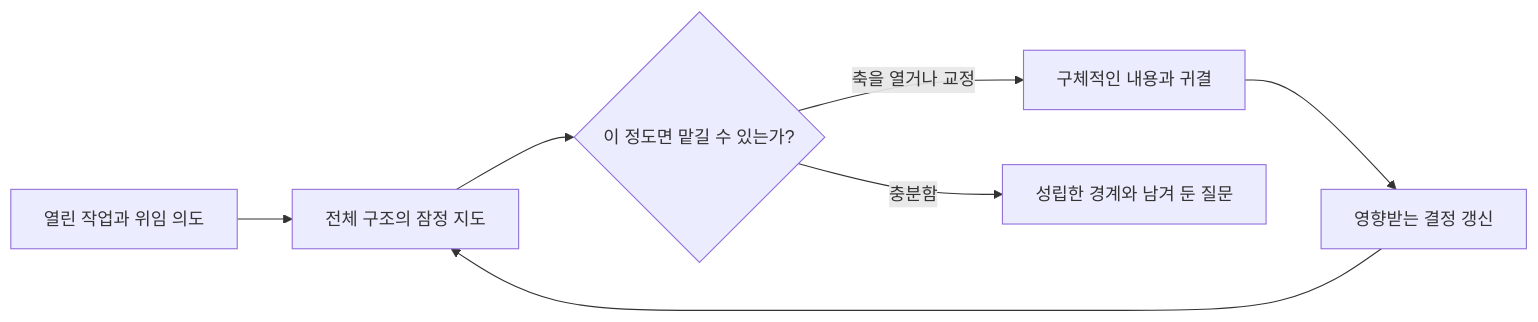
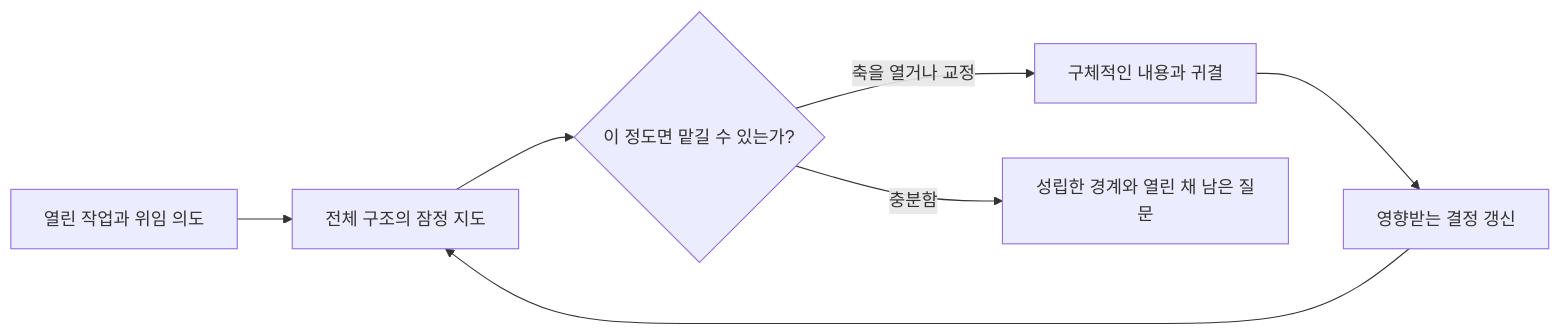
The diagram in horismos/README_ko.md (jongwony/epistemic-protocols), drawn with Mermaid before and after one commit. The commit also changed other lines of this file and 6 other files, not shown here.

````diff
--- a/horismos/README_ko.md
+++ b/horismos/README_ko.md
@@ -9,9 +9,9 @@
 ```mermaid
 flowchart LR
     A[열린 작업과 위임 의도] --> B[전체 구조의 잠정 지도]
     B --> C{이 정도면 맡길 수 있는가?}
     C -->|축을 열거나 교정| D[구체적인 내용과 귀결]
     D --> E[영향받는 결정 갱신]
     E --> B
-    C -->|충분함| F[성립한 경계와 남겨 둔 질문]
+    C -->|충분함| F[성립한 경계와 열린 채 남은 질문]
 ```
````
